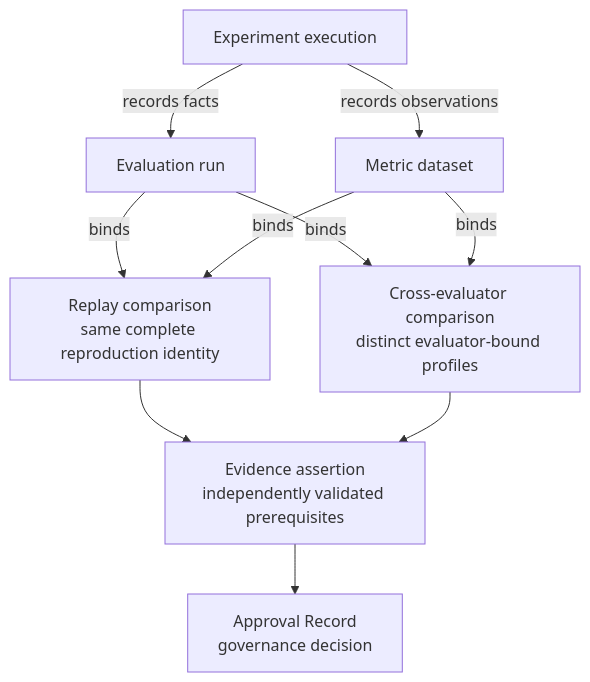
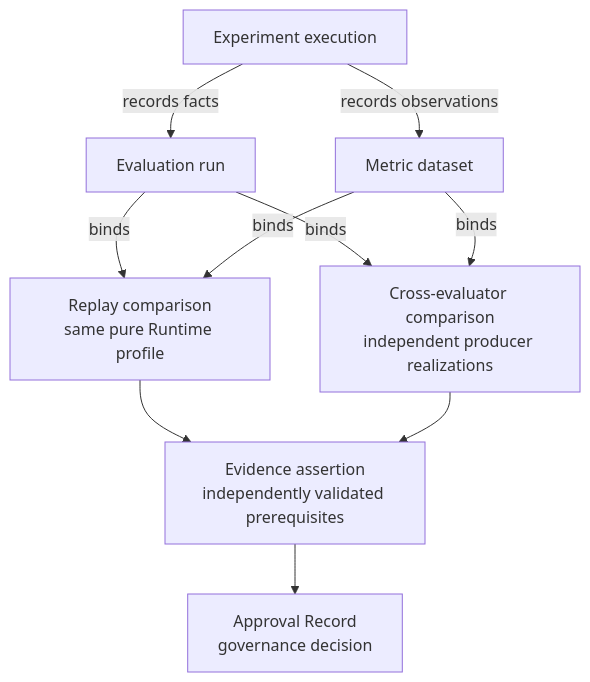
One commit to aigengame/godot-agent changed the fourth of 4 diagrams in libs/gda-balancing/docs/ARCHITECTURE.md. Above: the diagram before and after it, drawn with Mermaid. The commit also changed other lines of this file and 21 other files, not shown here.

````diff
--- a/libs/gda-balancing/docs/ARCHITECTURE.md
+++ b/libs/gda-balancing/docs/ARCHITECTURE.md
@@ -1550,12 +1545,12 @@
 ```mermaid
 flowchart TB
     X["Experiment execution"] -->|"records facts"| R["Evaluation run"]
     X -->|"records observations"| D["Metric dataset"]
-    R -->|"binds"| P["Replay comparison<br/>same complete reproduction identity"]
+    R -->|"binds"| P["Replay comparison<br/>same pure Runtime profile"]
     D -->|"binds"| P
-    R -->|"binds"| C["Cross-evaluator comparison<br/>distinct evaluator-bound profiles"]
+    R -->|"binds"| C["Cross-evaluator comparison<br/>independent producer realizations"]
     D -->|"binds"| C
     P --> E["Evidence assertion<br/>independently validated prerequisites"]
     C --> E
     E --> A["Approval Record<br/>governance decision"]
 ```
````
